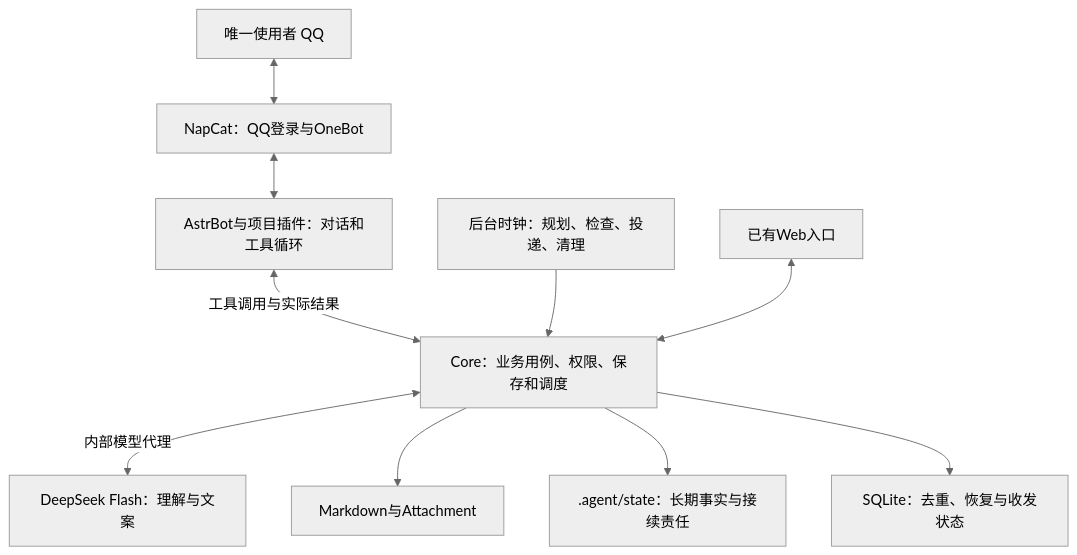
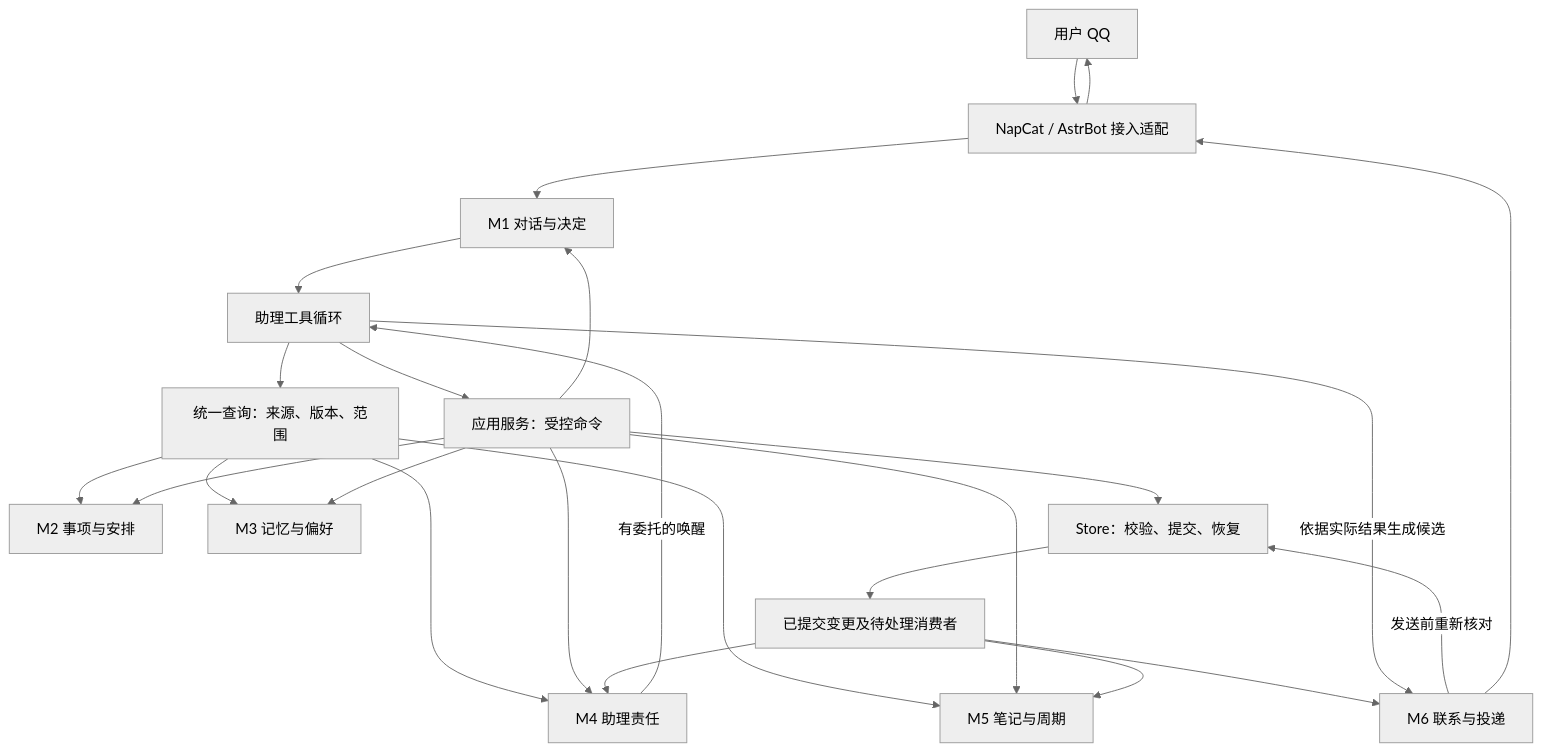
One commit to morewhyhan/obsidian-journal changed the first of 3 diagrams in .agent/Research/DDD.md. Above: the diagram before and after it, drawn with Mermaid (neutral theme). The commit also changed other lines of this file and 80 other files, not shown here.

````diff
--- a/.agent/Research/DDD.md
+++ b/.agent/Research/DDD.md
@@ -22,12 +86,27 @@
 ```mermaid
-flowchart TB
-  U[唯一使用者 QQ] <--> N[NapCat：QQ登录与OneBot]
-  N <--> A[AstrBot与项目插件：对话和工具循环]
-  A <-->|工具调用与实际结果| C[Core：业务用例、权限、保存和调度]
-  C <-->|内部模型代理| L[DeepSeek Flash：理解与文案]
-  C --> M[Markdown与Attachment]
-  C --> F[.agent/state：长期事实与接续责任]
-  C --> S[SQLite：去重、恢复与收发状态]
-  T[后台时钟：规划、检查、投递、清理] --> C
-  W[已有Web入口] <--> C
+flowchart TD
+    U[用户 QQ] --> A[NapCat / AstrBot 接入适配]
+    A --> D[M1 对话与决定]
+    D --> L[助理工具循环]
+    L --> Q[统一查询：来源、版本、范围]
+    Q --> T[M2 事项与安排]
+    Q --> M[M3 记忆与偏好]
+    Q --> W[M4 助理责任]
+    Q --> N[M5 笔记与周期]
+    L --> C[应用服务：受控命令]
+    C --> T
+    C --> M
+    C --> W
+    C --> N
+    C --> D
+    C --> S[Store：校验、提交、恢复]
+    S --> E[已提交变更及待处理消费者]
+    E --> W
+    E --> N
+    E --> O[M6 联系与投递]
+    W -->|有委托的唤醒| L
+    L -->|依据实际结果生成候选| O
+    O -->|发送前重新核对| S
+    O --> A
+    A --> U
 ```
````
